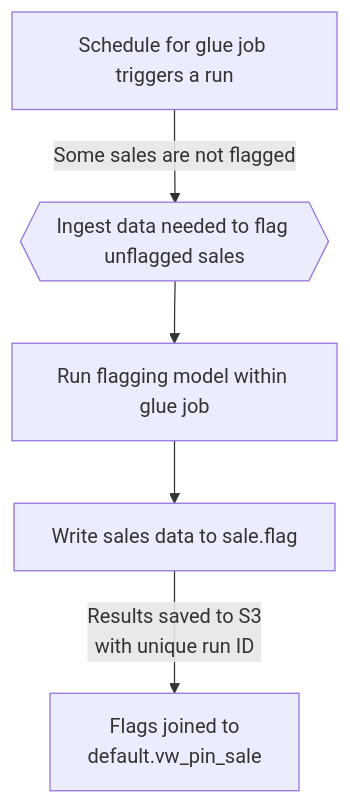
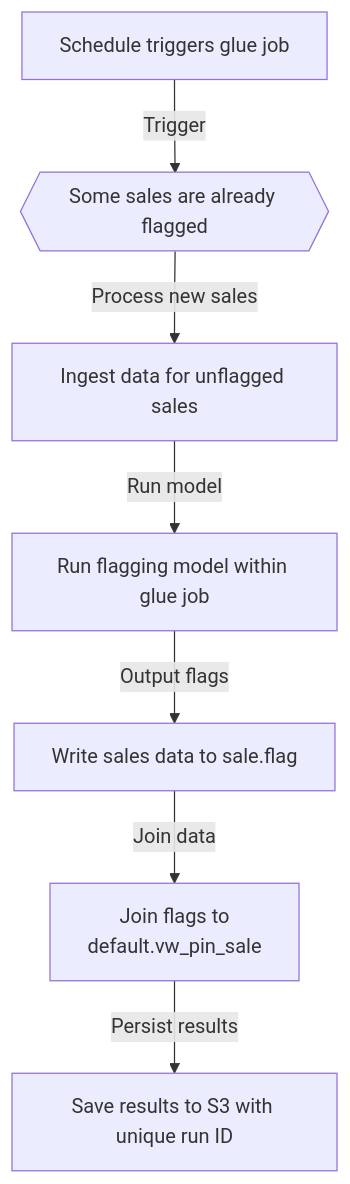
The second of 5 diagrams in README.md (ccao-data/model-sales-val), drawn with Mermaid before and after one commit. The commit also changed other lines of this file, not shown here.

Commit message:
Rework different flagging script diagrams

````diff
--- a/README.md
+++ b/README.md
@@ -61,18 +48,17 @@
 ```mermaid
+graph TD
+    A[Schedule triggers glue job]
+    B{{"Some sales are already flagged"}}
+    C[Ingest data for unflagged sales]
+    D[Run flagging model within glue job]
+    E[Write sales data to sale.flag]
+    F[Join flags to<br>default.vw_pin_sale]
+    G[Save results to S3 with unique run ID]
 
-graph TD
-
-    A[Schedule for glue job triggers a run]
-    B{{Ingest data needed to flag unflagged sales}}
-    C[Run flagging model within glue job]
-
-    D[Write sales data to sale.flag]
-    E[Flags joined to<br>default.vw_pin_sale]
-
-    A -- Some sales are not flagged --> B
-    B --> C
-    C --> D
-    D -- Results saved to S3<br>with unique run ID --> E
-
-
+    A -->|Trigger| B
+    B -->|Process new sales| C
+    C -->|Run model| D
+    D -->|Output flags| E
+    E -->|Join data| F
+    F -->|Persist results| G
 ```
````
